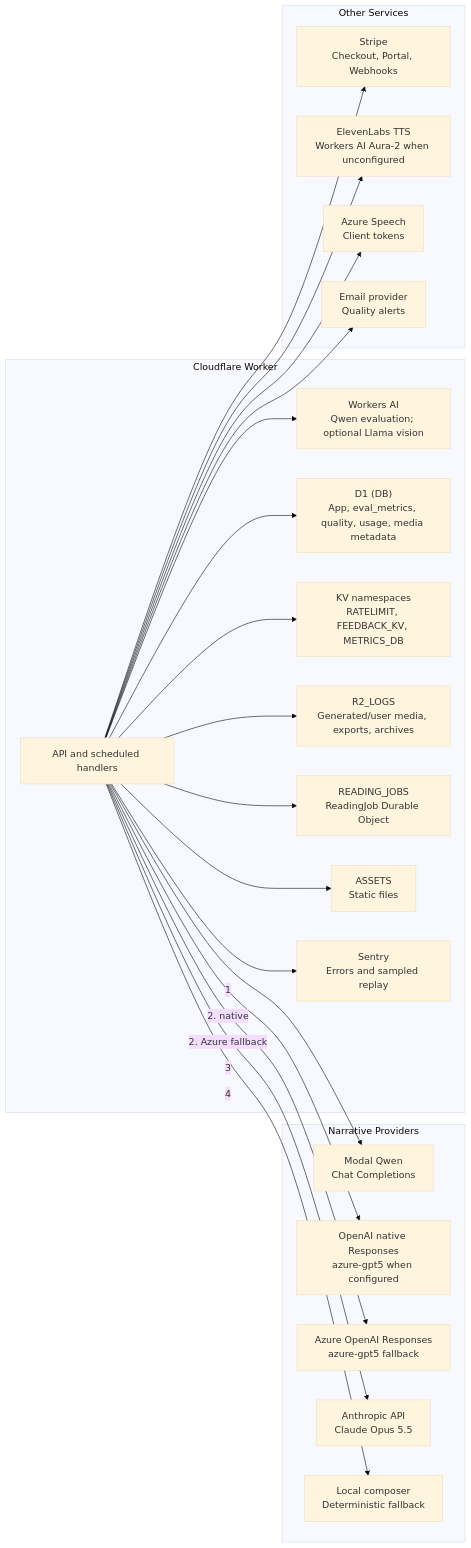
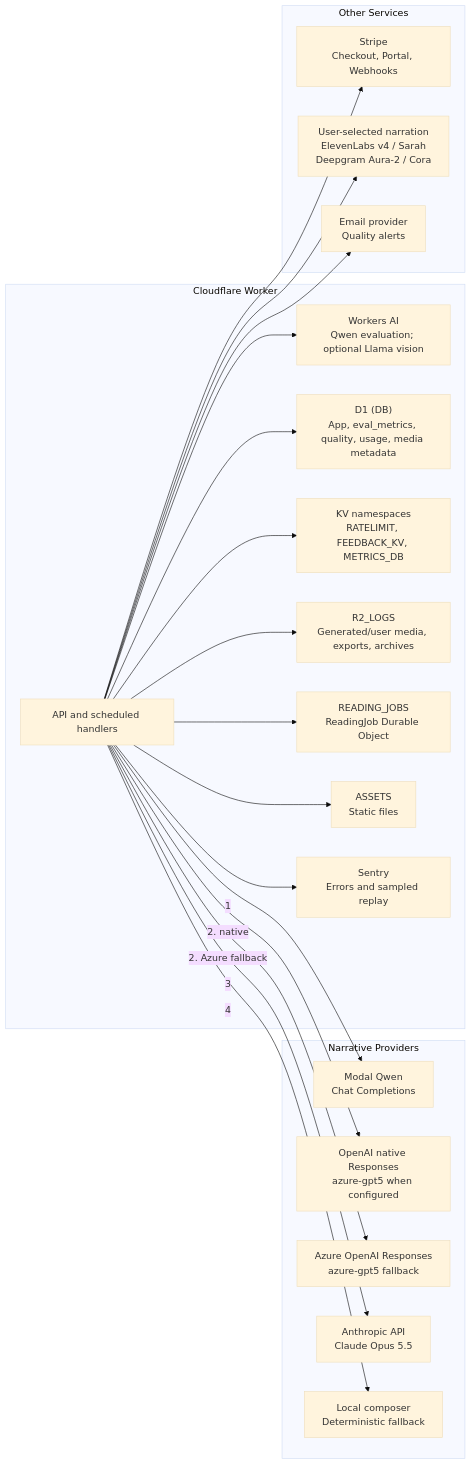
Diagram 16 of 17 in docs/architecture/full-system-diagrams.md (henryperkins/tarot), drawn with Mermaid (base theme) before and after one commit. The commit also changed other lines of this file and 41 other files, not shown here.

Commit message:
fix: restore narration provider choice and remove Azure speech

````diff
--- a/docs/architecture/full-system-diagrams.md
+++ b/docs/architecture/full-system-diagrams.md
@@ -734,45 +732,43 @@
 ```mermaid
 graph LR
     subgraph NarrativeProviders["Narrative Providers"]
         Modal["Modal Qwen<br/>Chat Completions"]
         OpenAI["OpenAI native Responses<br/>azure-gpt5 when configured"]
         Azure["Azure OpenAI Responses<br/>azure-gpt5 fallback"]
         Claude["Anthropic API<br/>Claude Opus 5.5"]
         Local["Local composer<br/>Deterministic fallback"]
     end
 
     subgraph Worker["Cloudflare Worker"]
         API["API and scheduled handlers"]
         AI["Workers AI<br/>Qwen evaluation; optional Llama vision"]
         D1["D1 (DB)<br/>App, eval_metrics, quality, usage, media metadata"]
         KV["KV namespaces<br/>RATELIMIT, FEEDBACK_KV, METRICS_DB"]
         R2["R2_LOGS<br/>Generated/user media, exports, archives"]
         DO["READING_JOBS<br/>ReadingJob Durable Object"]
         Assets["ASSETS<br/>Static files"]
         Sentry["Sentry<br/>Errors and sampled replay"]
     end
 
     subgraph OtherServices["Other Services"]
         Stripe["Stripe<br/>Checkout, Portal, Webhooks"]
-        ReaderTTS["ElevenLabs TTS<br/>Workers AI Aura-2 when unconfigured"]
-        AzureSpeech["Azure Speech<br/>Client tokens"]
+        ReaderTTS["User-selected narration<br/>ElevenLabs v4 / Sarah<br/>Deepgram Aura-2 / Cora"]
         Email["Email provider<br/>Quality alerts"]
     end
 
     API -->|1| Modal
     API -->|2. native| OpenAI
     API -->|2. Azure fallback| Azure
     API -->|3| Claude
     API -->|4| Local
     API --> AI
     API --> D1
     API --> KV
     API --> R2
     API --> DO
     API --> Assets
     API --> Sentry
     API --> Stripe
     API --> ReaderTTS
-    API --> AzureSpeech
     API --> Email
 ```
````
